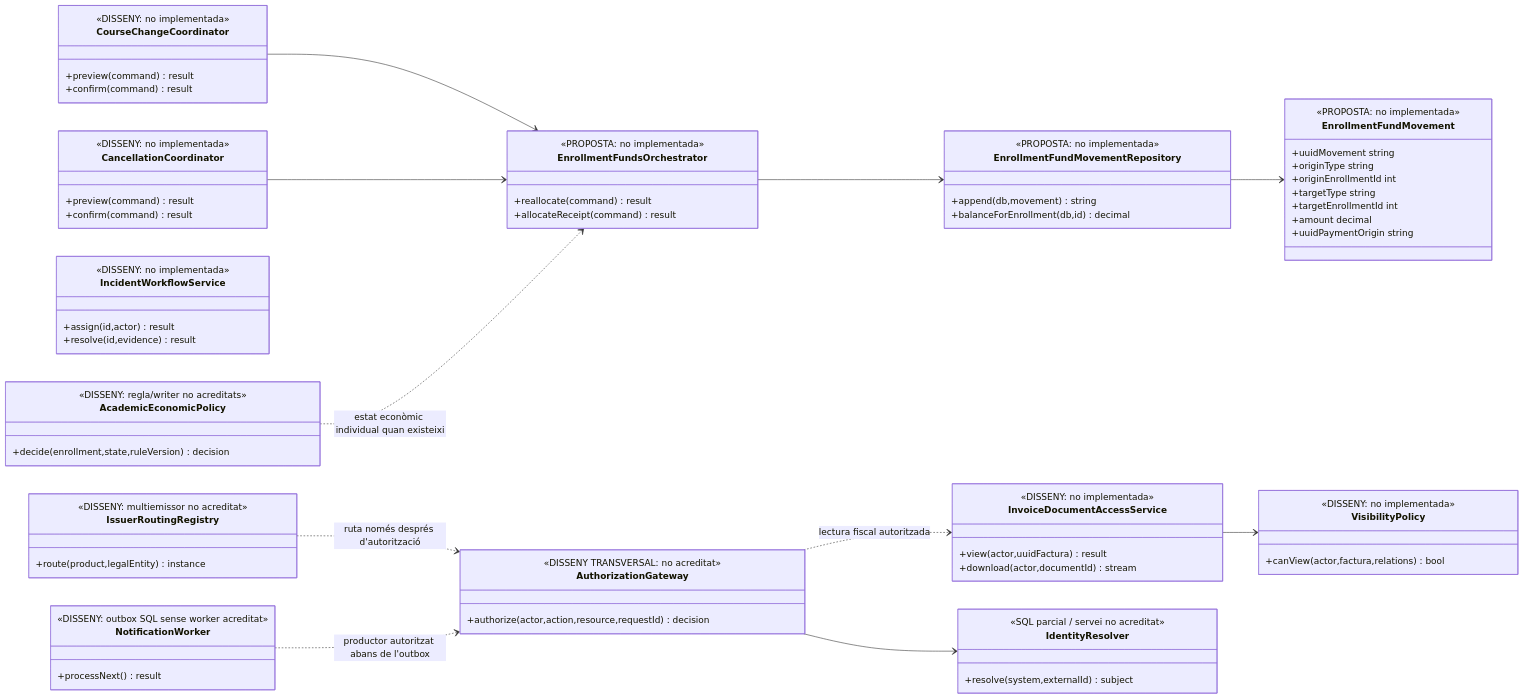
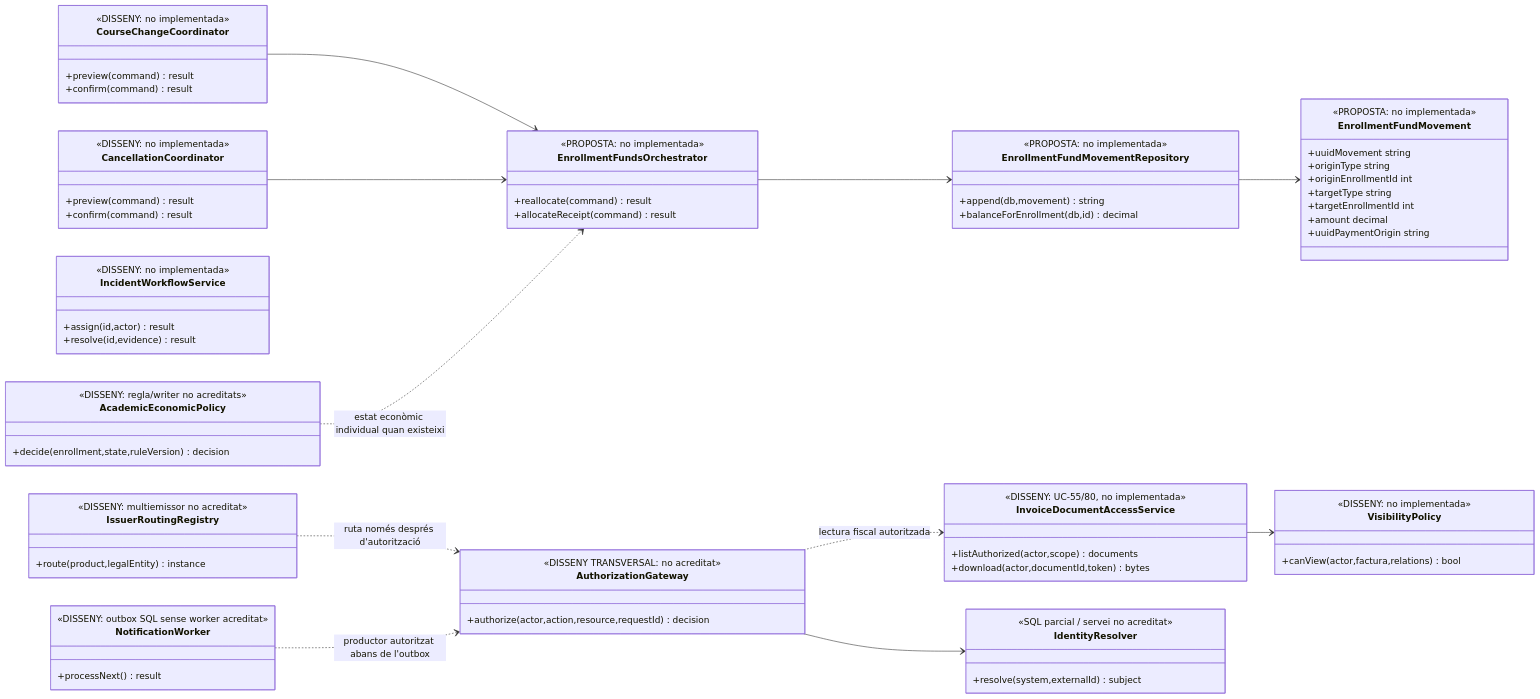
The eighth of 12 diagrams in documentacio/07-uml-integrat/00-model-classes-general.md (orgmeriemprismacat-del/verifactu), drawn with Mermaid before and after one commit. The commit also changed other lines of this file, not shown here.

Commit message:
docs(uml): model real històrics i proposta compartida de custòdia accés i recuperació de documents

````diff
--- a/documentacio/07-uml-integrat/00-model-classes-general.md
+++ b/documentacio/07-uml-integrat/00-model-classes-general.md
@@ -371,78 +404,78 @@
 ```mermaid
 classDiagram
 direction LR
 class EnrollmentFundMovement {
  <<PROPOSTA: no implementada>>
  +uuidMovement string
  +originType string
  +originEnrollmentId int
  +targetType string
  +targetEnrollmentId int
  +amount decimal
  +uuidPaymentOrigin string
 }
 class EnrollmentFundMovementRepository {
  <<PROPOSTA: no implementada>>
  +append(db,movement) string
  +balanceForEnrollment(db,id) decimal
 }
 class EnrollmentFundsOrchestrator {
  <<PROPOSTA: no implementada>>
  +reallocate(command) result
  +allocateReceipt(command) result
 }
 class CourseChangeCoordinator {
  <<DISSENY: no implementada>>
  +preview(command) result
  +confirm(command) result
 }
 class CancellationCoordinator {
  <<DISSENY: no implementada>>
  +preview(command) result
  +confirm(command) result
 }
 class VisibilityPolicy {
  <<DISSENY: no implementada>>
  +canView(actor,factura,relations) bool
 }
 class InvoiceDocumentAccessService {
- <<DISSENY: no implementada>>
- +view(actor,uuidFactura) result
- +download(actor,documentId) stream
+ <<DISSENY: UC-55/80, no implementada>>
+ +listAuthorized(actor,scope) documents
+ +download(actor,documentId,token) bytes
 }
 class IncidentWorkflowService {
  <<DISSENY: no implementada>>
  +assign(id,actor) result
  +resolve(id,evidence) result
 }
 class AuthorizationGateway {
  <<DISSENY TRANSVERSAL: no acreditat>>
  +authorize(actor,action,resource,requestId) decision
 }
 class IdentityResolver {
  <<SQL parcial / servei no acreditat>>
  +resolve(system,externalId) subject
 }
 class IssuerRoutingRegistry {
  <<DISSENY: multiemissor no acreditat>>
  +route(product,legalEntity) instance
 }
 class NotificationWorker {
  <<DISSENY: outbox SQL sense worker acreditat>>
  +processNext() result
 }
 class AcademicEconomicPolicy {
  <<DISSENY: regla/writer no acreditats>>
  +decide(enrollment,state,ruleVersion) decision
 }
 CourseChangeCoordinator --> EnrollmentFundsOrchestrator
 CancellationCoordinator --> EnrollmentFundsOrchestrator
 EnrollmentFundsOrchestrator --> EnrollmentFundMovementRepository
 EnrollmentFundMovementRepository --> EnrollmentFundMovement
 InvoiceDocumentAccessService --> VisibilityPolicy
 AuthorizationGateway --> IdentityResolver
 AuthorizationGateway ..> InvoiceDocumentAccessService : lectura fiscal autoritzada
 IssuerRoutingRegistry ..> AuthorizationGateway : ruta només després d'autorització
 NotificationWorker ..> AuthorizationGateway : productor autoritzat abans de l'outbox
 AcademicEconomicPolicy ..> EnrollmentFundsOrchestrator : estat econòmic individual quan existeixi
 ```
````
